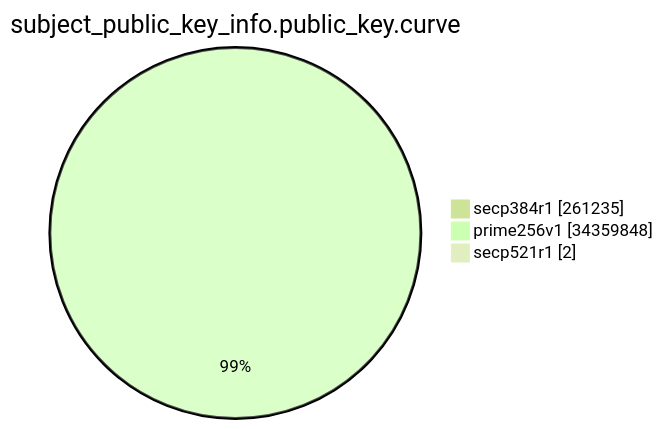
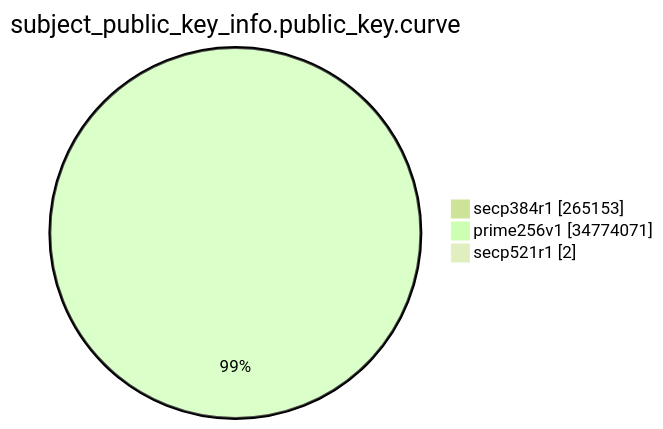
One commit to christiankrug/ctmonitor_visualization changed the eighth of 15 diagrams in xenon2023/README.md. Above: the diagram before and after it, drawn with Mermaid (forest theme). The commit also changed other lines of this file, not shown here.

````diff
--- a/xenon2023/README.md
+++ b/xenon2023/README.md
@@ -2135,7 +2136,7 @@
 ```mermaid
 pie showData
 title subject_public_key_info.public_key.curve
-"secp384r1" :261235
-"prime256v1" :34359848
+"secp384r1" :265153
+"prime256v1" :34774071
 "secp521r1" :2
 ```
````
